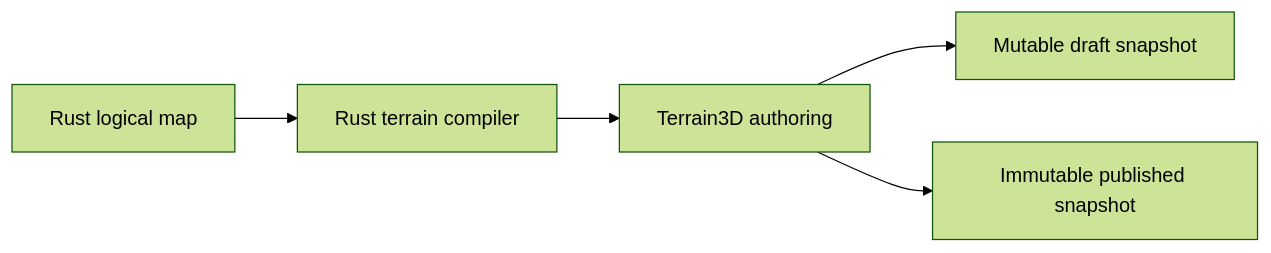
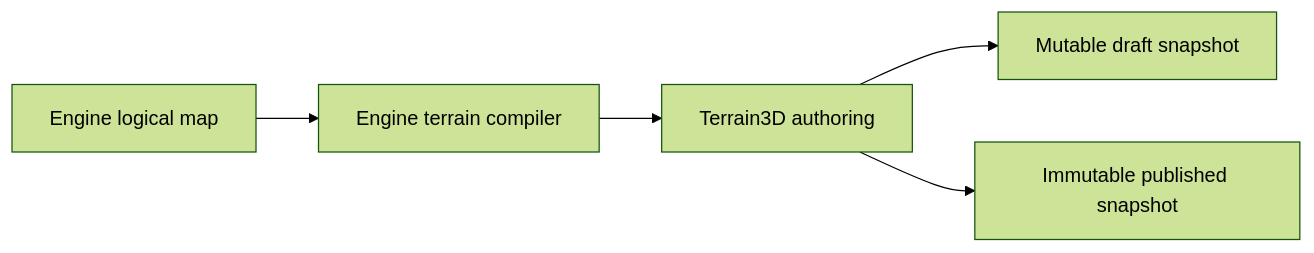
One commit to ernestwisniewski/age-of-new-worlds changed the diagram in docs/adr/0010-terrain-backend-for-godot-authoring.md. Above: the diagram before and after it, drawn with Mermaid (forest theme). The commit also changed other lines of this file and 80 other files, not shown here.

Commit message:
Finalize the project architecture and toolchain gates

````diff
--- a/docs/adr/0010-terrain-backend-for-godot-authoring.md
+++ b/docs/adr/0010-terrain-backend-for-godot-authoring.md
@@ -25,7 +23,7 @@
 ```mermaid
 flowchart LR
-  LogicalMap["Rust logical map"] --> Compiler["Rust terrain compiler"]
+  LogicalMap["Engine logical map"] --> Compiler["Engine terrain compiler"]
   Compiler --> Terrain3D["Terrain3D authoring"]
   Terrain3D --> Draft["Mutable draft snapshot"]
   Terrain3D --> Published["Immutable published snapshot"]
 ```
````
